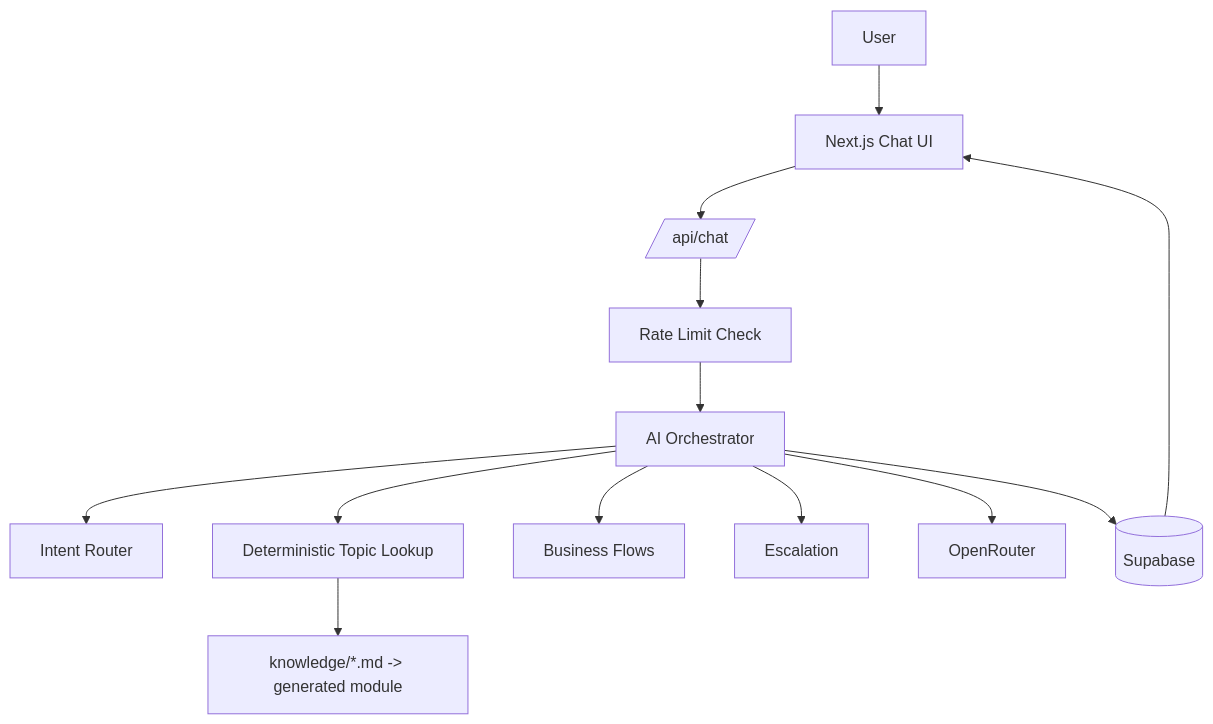
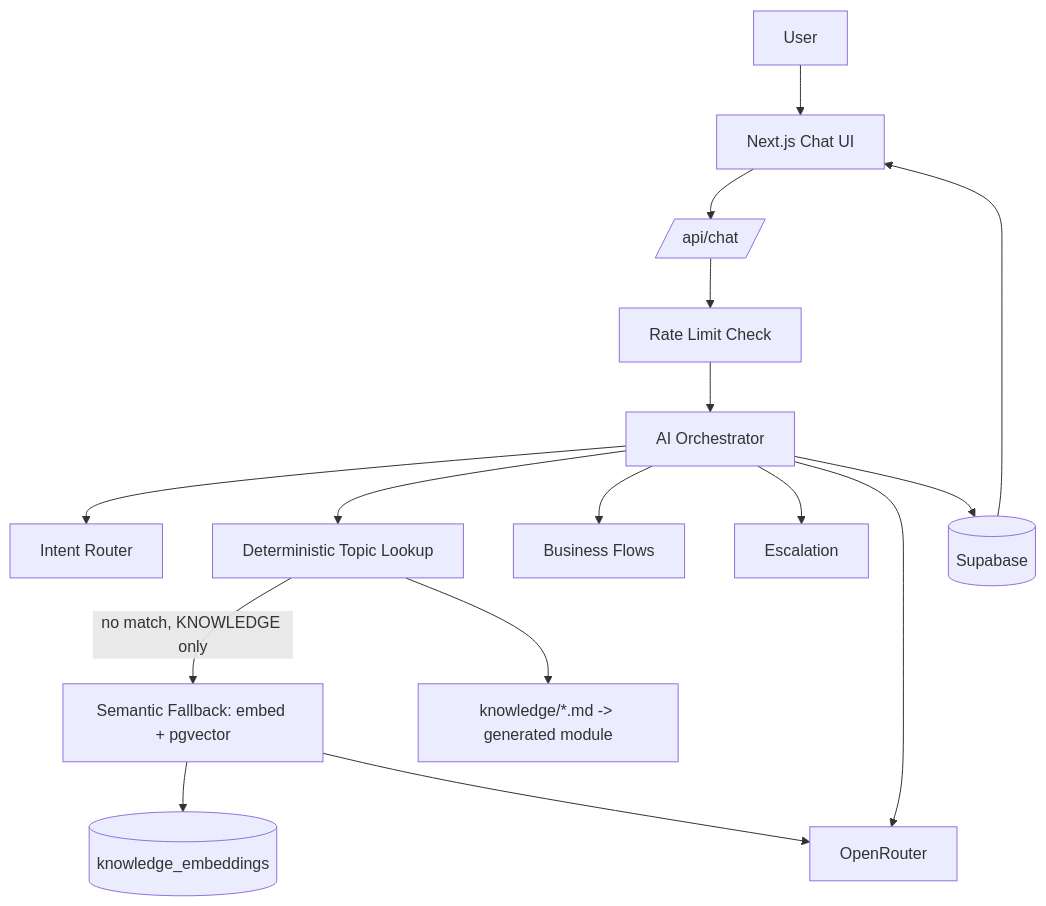
One commit to DanielGiraldoMontes/cadre-support-chatbot changed the diagram in README.md. Above: the diagram before and after it, drawn with Mermaid. The commit also changed other lines of this file and 18 other files, not shown here.

Commit message:
feat: Semantic fallback implementation.

````diff
--- a/README.md
+++ b/README.md
@@ -21,15 +21,18 @@
 ```mermaid
 flowchart TD
   U[User] --> UI[Next.js Chat UI]
   UI --> API[/api/chat/]
   API --> RL[Rate Limit Check]
   RL --> ORCH[AI Orchestrator]
   ORCH --> INTENT[Intent Router]
   ORCH --> LOOKUP[Deterministic Topic Lookup]
+  LOOKUP -->|no match, KNOWLEDGE only| SEM[Semantic Fallback: embed + pgvector]
+  SEM --> VDB[(knowledge_embeddings)]
   ORCH --> FLOW[Business Flows]
   ORCH --> ESC[Escalation]
   LOOKUP --> KB[knowledge/*.md -> generated module]
   ORCH --> OR[OpenRouter]
+  SEM --> OR
   ORCH --> DB[(Supabase)]
   DB --> UI
 ```
````
